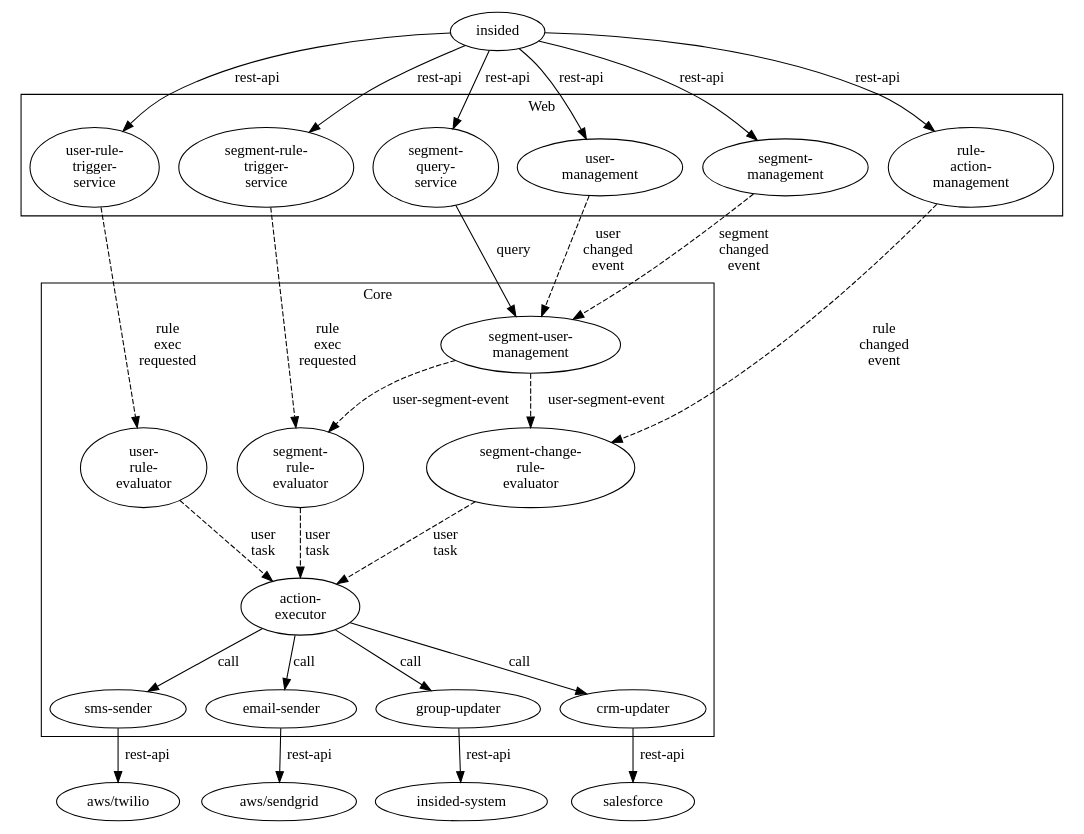
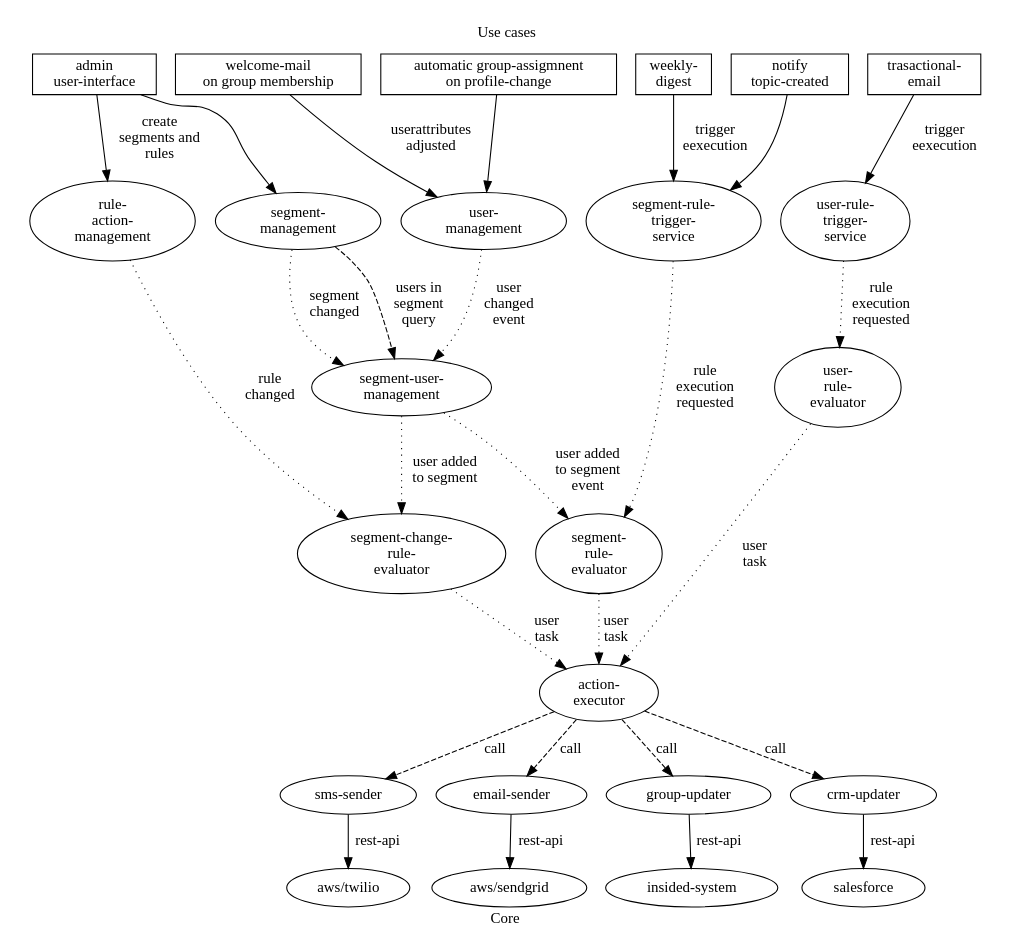
The diagram in doc/architecture.dot (MarcGrol/userautomation), drawn with Graphviz before and after one commit. The commit also changed 2 other files, not shown here.

Commit message:
better architecture image

```diff
--- a/doc/architecture.dot
+++ b/doc/architecture.dot
@@ -1,69 +1,82 @@
     digraph G {
 
       rankdir="TD"
 
+      subgraph cluster_UseCases {
+       label = "Use cases"
+       color="white"
+       "admin\nuser-interface" [shape="box"]
+      "automatic group-assigmnent\non profile-change" [shape="box"]
+      "welcome-mail\non group membership" [shape="box"]
+      "notify\ntopic-created" [shape="box"]
+      "weekly-\ndigest"  [shape="box"]
+      "trasactional-\nemail"  [shape="box"]
+      }
+
       subgraph cluster_Web {
-          label = "Web"
+          //label = "Web-api's"
+          color="white"
+
           "segment-rule-\ntrigger-\nservice"
           "user-rule-\ntrigger-\nservice"
           "rule-\naction-\nmanagement"
           "user-\nmanagement"
           "segment-\nmanagement"
-          "segment-\nquery-\nservice"
     }
 
-     subgraph cluster_Core {
+     //subgraph cluster_Core {
           label = "Core"
          "segment-\nrule-\nevaluator"
           "user-\nrule-\nevaluator"
           "segment-user-\nmanagement"
           "segment-change-\nrule-\nevaluator"
           "action-\nexecutor"
           "sms-sender"
           "email-sender"
           "group-updater"
           "crm-updater"
-      }
+      //}
 
       // subgraph cluster_External {
            //label = "External systems"
             "aws/sendgrid"
             "aws/twilio"
             "insided-system"
             "salesforce"
        // }
 
-      insided -> "segment-rule-\ntrigger-\nservice" [label="rest-api"]
-      insided -> "user-rule-\ntrigger-\nservice" [label="rest-api"]
-      insided -> "rule-\naction-\nmanagement" [label="rest-api"]
-      insided -> "user-\nmanagement" [label="rest-api"]
-      insided -> "segment-\nmanagement" [label="rest-api"]
-      insided -> "segment-\nquery-\nservice" [label="rest-api"]
+      "admin\nuser-interface" -> "rule-\naction-\nmanagement" [label="create\nsegments and\nrules"]
+      "admin\nuser-interface" -> "segment-\nmanagement"
+      "automatic group-assigmnent\non profile-change" -> "user-\nmanagement"
+      "welcome-mail\non group membership" -> "user-\nmanagement" [label="userattributes\nadjusted"]
+      "weekly-\ndigest" -> "segment-rule-\ntrigger-\nservice" [label="trigger\neexecution"]
+      "notify\ntopic-created" -> "segment-rule-\ntrigger-\nservice"
+      "trasactional-\nemail" -> "user-rule-\ntrigger-\nservice" [label="trigger\neexecution"]
 
-      "segment-rule-\ntrigger-\nservice" -> "segment-\nrule-\nevaluator" [style=dashed, label="rule\nexec\nrequested"]
-      "user-rule-\ntrigger-\nservice" -> "user-\nrule-\nevaluator" [style=dashed, label="rule\nexec\nrequested"]
-      "segment-\nmanagement" -> "segment-user-\nmanagement" [style=dashed, label="segment\nchanged\nevent"]
-      "segment-\nquery-\nservice" -> "segment-user-\nmanagement" [label=query]
+      "segment-rule-\ntrigger-\nservice" -> "segment-\nrule-\nevaluator" [style=dotted, label="rule\nexecution\nrequested"]
+      "user-rule-\ntrigger-\nservice" -> "user-\nrule-\nevaluator" [style=dotted, label="rule\nexecution\nrequested"]
+      "segment-\nmanagement" -> "segment-user-\nmanagement" [style=dotted, label="segment\nchanged"]
+      "segment-\nmanagement" -> "segment-user-\nmanagement" [style=dashed,label="users in\nsegment\nquery"]
 
 
-      "user-\nmanagement" -> "segment-user-\nmanagement" [style=dashed, label="user\nchanged\nevent"]
-      "segment-user-\nmanagement" -> "segment-\nrule-\nevaluator" [style=dashed, label="user-segment-event"]
+      "user-\nmanagement" -> "segment-user-\nmanagement" [style=dotted, label="user\nchanged\nevent"]
+      "segment-user-\nmanagement" -> "segment-\nrule-\nevaluator" [style=dotted, label="user added\nto segment\nevent"]
 
-      "segment-user-\nmanagement" -> "segment-change-\nrule-\nevaluator"  [style=dashed, label="user-segment-event"]
-      "rule-\naction-\nmanagement" -> "segment-change-\nrule-\nevaluator" [style=dashed, label="rule\nchanged\nevent"]
-      "segment-change-\nrule-\nevaluator" -> "action-\nexecutor" [style=dashed, label="user\ntask"]
-      "user-\nrule-\nevaluator" -> "action-\nexecutor" [style=dashed, label="user\ntask"]
+      "segment-user-\nmanagement" -> "segment-change-\nrule-\nevaluator"  [style=dotted, label="user added\nto segment"]
+      "rule-\naction-\nmanagement" -> "segment-change-\nrule-\nevaluator" [style=dotted, label="rule\nchanged"]
+      "segment-change-\nrule-\nevaluator" -> "action-\nexecutor" [style=dotted, label="user\ntask"]
+      "user-\nrule-\nevaluator" -> "action-\nexecutor" [style=dotted, label="user\ntask"]
 
-      "segment-\nrule-\nevaluator" -> "action-\nexecutor" [style=dashed, label="user\ntask"]
+      "segment-\nrule-\nevaluator" -> "action-\nexecutor" [style=dotted, label="user\ntask"]
 
-      "action-\nexecutor" -> "sms-sender" [label=call]
-      "action-\nexecutor" -> "email-sender" [label=call]
-      "action-\nexecutor" -> "group-updater" [label=call]
-      "action-\nexecutor" -> "crm-updater" [label=call]
+      "action-\nexecutor" -> "sms-sender" [style=dashed,label=call]
+      "action-\nexecutor" -> "email-sender" [style=dashed,label=call]
+      "action-\nexecutor" -> "group-updater" [style=dashed,label=call]
+      "action-\nexecutor" -> "crm-updater" [style=dashed,label=call]
 
       "email-sender" -> "aws/sendgrid" [label="rest-api"]
       "sms-sender" -> "aws/twilio" [label="rest-api"]
       "group-updater" -> "insided-system" [label="rest-api"]
       "crm-updater" -> "salesforce" [label="rest-api"]
 
     }
```
